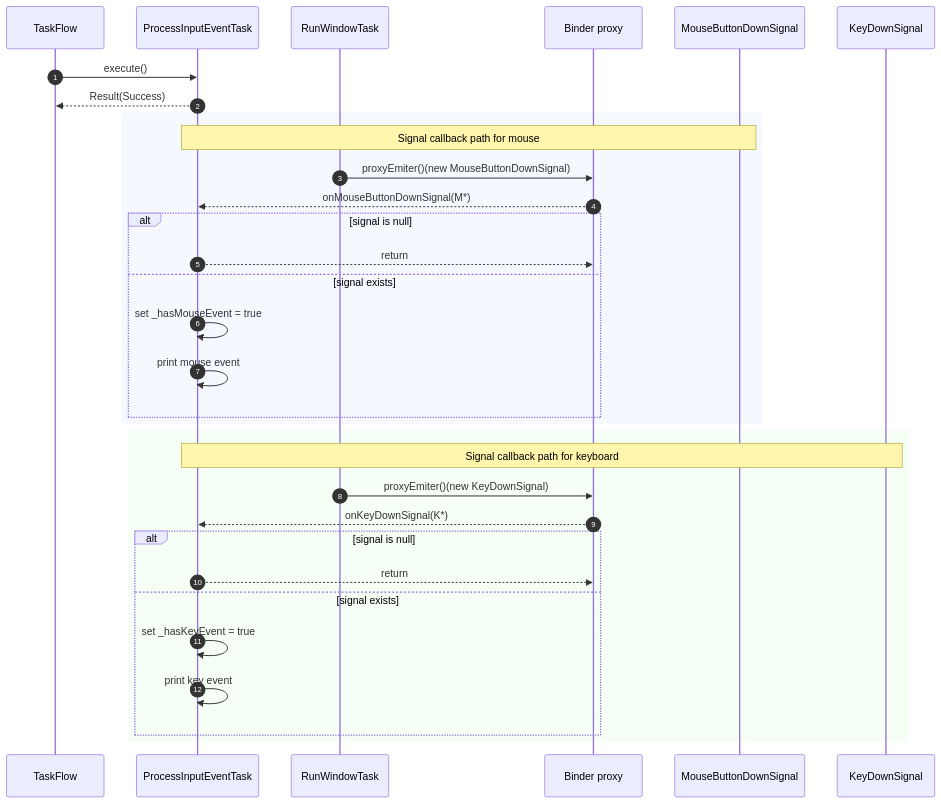
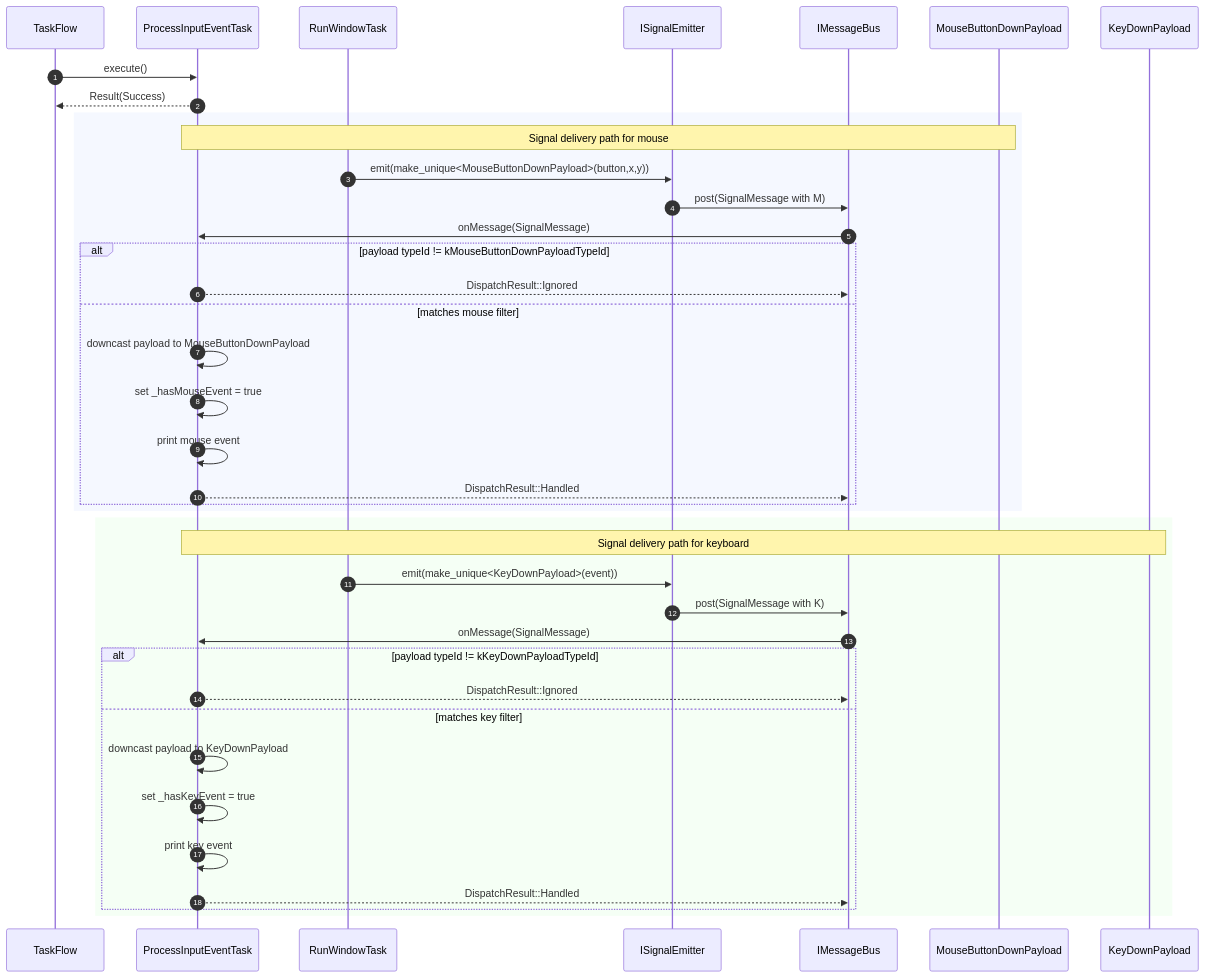
Before and after one commit to vigine-dev/Vigine: the diagram in doc/sequence/window/processinputeventtask.md, drawn with Mermaid. The commit also changed 7 other files, not shown here.

````diff
--- a/doc/sequence/window/processinputeventtask.md
+++ b/doc/sequence/window/processinputeventtask.md
@@ -3,37 +3,44 @@
 ```mermaid
 sequenceDiagram
 autonumber
 participant Caller as TaskFlow
 participant T as ProcessInputEventTask
 participant Run as RunWindowTask
-participant Proxy as Binder proxy
-participant M as MouseButtonDownSignal
-participant K as KeyDownSignal
+participant Emitter as ISignalEmitter
+participant Bus as IMessageBus
+participant M as MouseButtonDownPayload
+participant K as KeyDownPayload
 
 Caller->>T: execute()
 T-->>Caller: Result(Success)
 
 rect rgb(245, 248, 255)
-Note over T,M: Signal callback path for mouse
-Run->>Proxy: proxyEmiter()(new MouseButtonDownSignal)
-Proxy-->>T: onMouseButtonDownSignal(M*)
-alt signal is null
-  T-->>Proxy: return
-else signal exists
+Note over T,M: Signal delivery path for mouse
+Run->>Emitter: emit(make_unique<MouseButtonDownPayload>(button,x,y))
+Emitter->>Bus: post(SignalMessage with M)
+Bus->>T: onMessage(SignalMessage)
+alt payload typeId != kMouseButtonDownPayloadTypeId
+  T-->>Bus: DispatchResult::Ignored
+else matches mouse filter
+  T->>T: downcast payload to MouseButtonDownPayload
   T->>T: set _hasMouseEvent = true
   T->>T: print mouse event
+  T-->>Bus: DispatchResult::Handled
 end
 end
 
 rect rgb(245, 255, 245)
-Note over T,K: Signal callback path for keyboard
-Run->>Proxy: proxyEmiter()(new KeyDownSignal)
-Proxy-->>T: onKeyDownSignal(K*)
-alt signal is null
-  T-->>Proxy: return
-else signal exists
+Note over T,K: Signal delivery path for keyboard
+Run->>Emitter: emit(make_unique<KeyDownPayload>(event))
+Emitter->>Bus: post(SignalMessage with K)
+Bus->>T: onMessage(SignalMessage)
+alt payload typeId != kKeyDownPayloadTypeId
+  T-->>Bus: DispatchResult::Ignored
+else matches key filter
+  T->>T: downcast payload to KeyDownPayload
   T->>T: set _hasKeyEvent = true
   T->>T: print key event
+  T-->>Bus: DispatchResult::Handled
 end
 end
 ```
````
